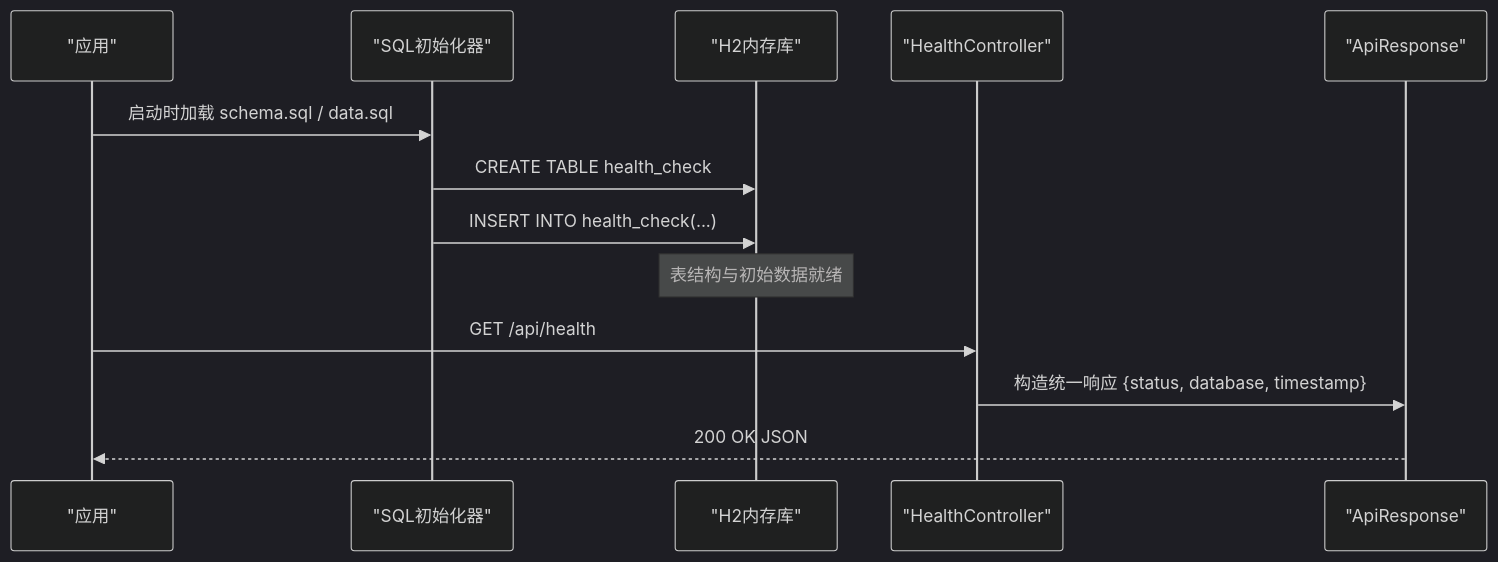
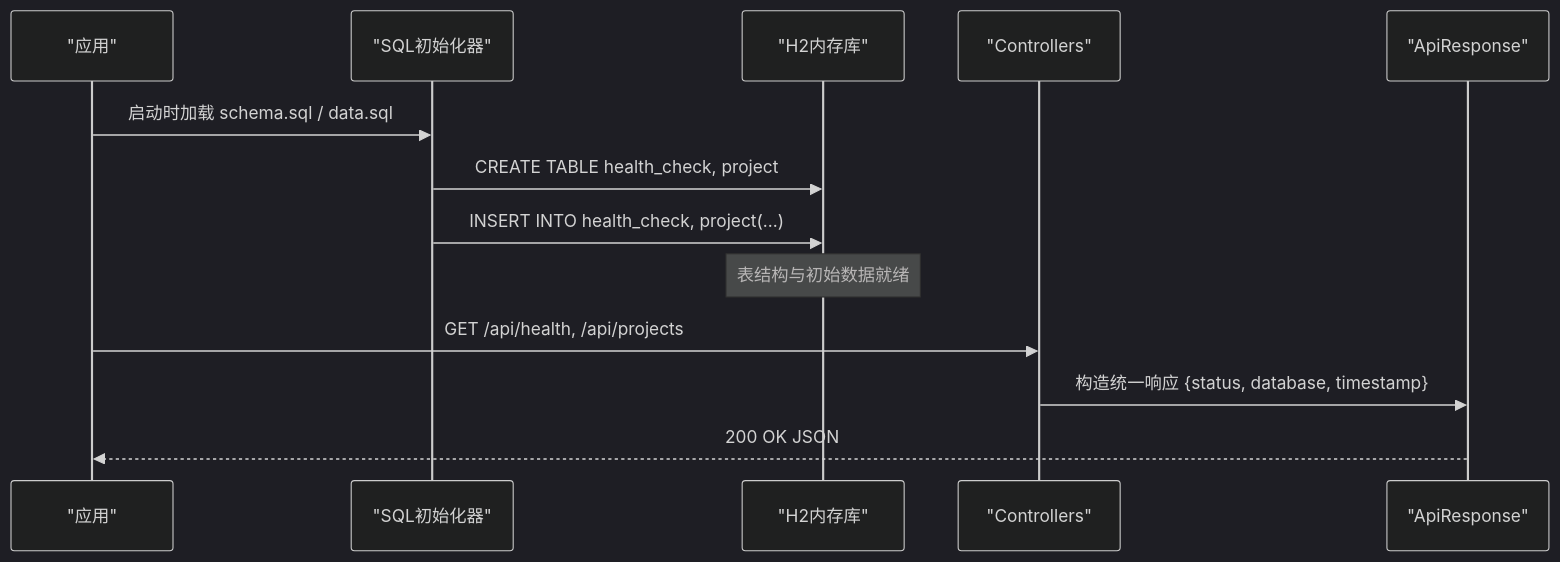
One commit to zhou9832/test1-qoder changed the second of 5 diagrams in .qoder/repowiki/zh/content/数据库设计.md. Above: the diagram before and after it, drawn with Mermaid (dark theme). The commit also changed other lines of this file and 48 other files, not shown here.

````diff
--- a/.qoder/repowiki/zh/content/数据库设计.md
+++ b/.qoder/repowiki/zh/content/数据库设计.md
@@ -71,15 +89,15 @@
 ```mermaid
 sequenceDiagram
 participant App as "应用"
 participant Init as "SQL初始化器"
 participant DB as "H2内存库"
-participant API as "HealthController"
+participant API as "Controllers"
 participant Resp as "ApiResponse"
 App->>Init : 启动时加载 schema.sql / data.sql
-Init->>DB : CREATE TABLE health_check
-Init->>DB : INSERT INTO health_check(...)
+Init->>DB : CREATE TABLE health_check, project
+Init->>DB : INSERT INTO health_check, project(...)
 Note over DB : 表结构与初始数据就绪
-App->>API : GET /api/health
+App->>API : GET /api/health, /api/projects
 API->>Resp : 构造统一响应 {status, database, timestamp}
 Resp-->>App : 200 OK JSON
 ```
````
